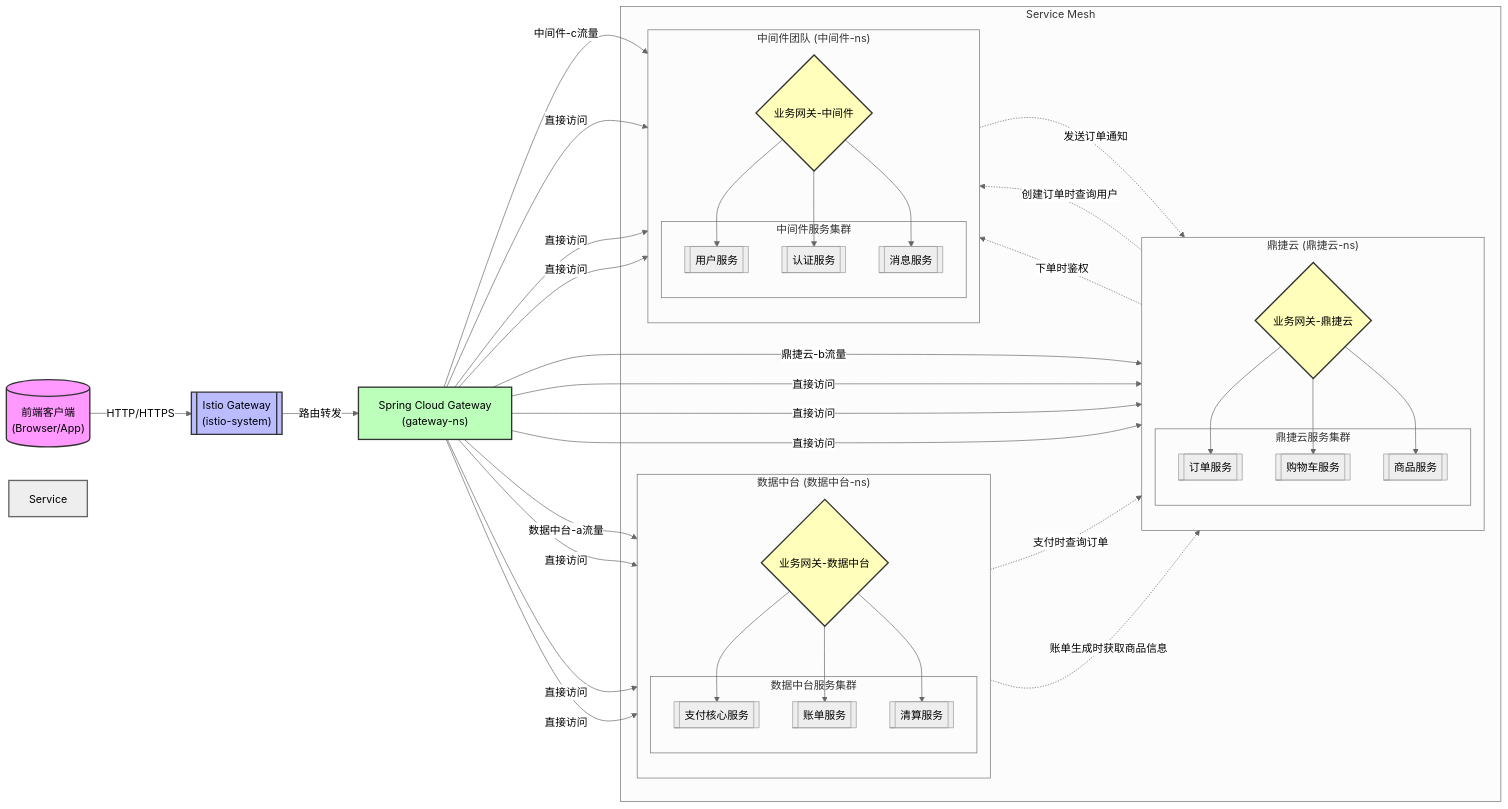
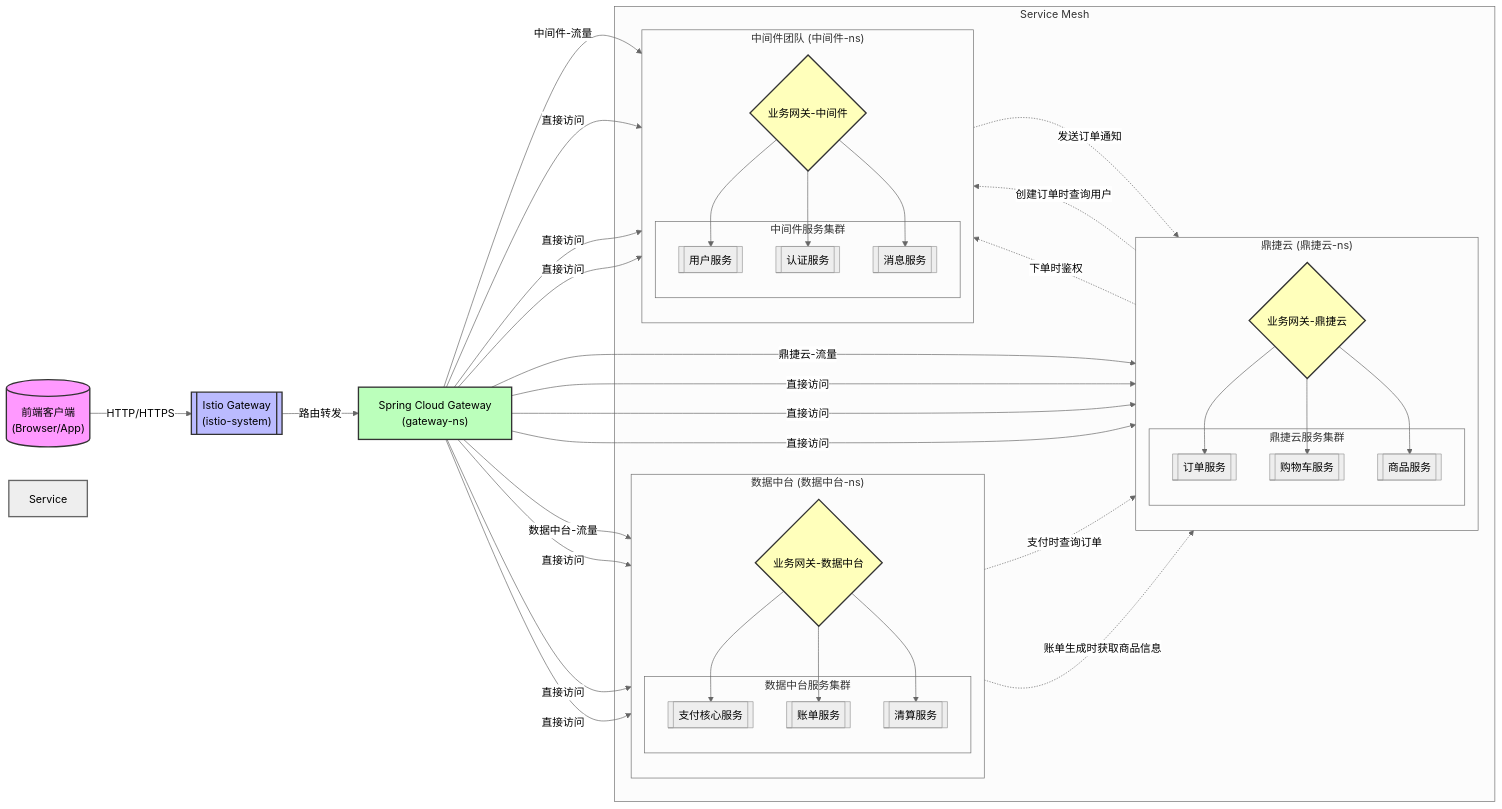
Before and after one commit to Jholly2008/configs: the diagram in 网关网格报告/architecture.md, drawn with Mermaid (neutral theme).

````diff
--- a/网关网格报告/architecture.md
+++ b/网关网格报告/architecture.md
@@ -1,74 +1,74 @@
 ```mermaid
 
 flowchart LR
     client[("前端客户端<br>(Browser/App)")]
     istio[["Istio Gateway<br>(istio-system)"]]
     scg["Spring Cloud Gateway<br>(gateway-ns)"]
     
     subgraph Service Mesh
         subgraph "数据中台 (数据中台-ns)"
             direction TB
             gw-a{"业务网关-数据中台"}
             subgraph "数据中台服务集群"
                 svc-a1[["支付核心服务"]]
                 svc-a2[["账单服务"]]
                 svc-a3[["清算服务"]]
             end
         end
         
         subgraph "鼎捷云 (鼎捷云-ns)"
             direction TB
             gw-b{"业务网关-鼎捷云"}
             subgraph "鼎捷云服务集群"
                 svc-b1[["订单服务"]]
                 svc-b2[["购物车服务"]]
                 svc-b3[["商品服务"]]
             end
         end
         
         subgraph "中间件团队 (中间件-ns)"
             direction TB
             gw-c{"业务网关-中间件"}
             subgraph "中间件服务集群"
                 svc-c1[["用户服务"]]
                 svc-c2[["认证服务"]]
                 svc-c3[["消息服务"]]
             end
         end
     end
     
     %% 外部访问路由
     client -->|HTTP/HTTPS| istio
     istio -->|路由转发| scg
     
     %% 数据中台-a-的路由
-    scg -->|数据中台-a流量| gw-a
+    scg -->|数据中台-流量| gw-a
     scg -->|直接访问| svc-a1 & svc-a2 & svc-a3
     gw-a --> svc-a1 & svc-a2 & svc-a3
     
     %% 鼎捷云-b-的路由
-    scg -->|鼎捷云-b流量| gw-b
+    scg -->|鼎捷云-流量| gw-b
     scg -->|直接访问| svc-b1 & svc-b2 & svc-b3
     gw-b --> svc-b1 & svc-b2 & svc-b3
     
     %% 中间件-c-的路由
-    scg -->|中间件-c流量| gw-c
+    scg -->|中间件-流量| gw-c
     scg -->|直接访问| svc-c1 & svc-c2 & svc-c3
     gw-c --> svc-c1 & svc-c2 & svc-c3
     
     %% 跨团队服务调用（直接通过service name）
     svc-b1 -.->|创建订单时查询用户| svc-c1
     svc-b1 -.->|下单时鉴权| svc-c2
     svc-a1 -.->|支付时查询订单| svc-b1
     svc-a2 -.->|账单生成时获取商品信息| svc-b3
     svc-c3 -.->|发送订单通知| svc-b1
     
     style client fill:#f9f,stroke:#333,stroke-width:2px
     style istio fill:#bbf,stroke:#333,stroke-width:2px
     style scg fill:#bfb,stroke:#333,stroke-width:2px
     style gw-a fill:#ffb,stroke:#333,stroke-width:2px
     style gw-b fill:#ffb,stroke:#333,stroke-width:2px
     style gw-c fill:#ffb,stroke:#333,stroke-width:2px
     style Service Mesh fill:#f5f5f5,stroke:#666,stroke-width:2px
 
 ```
````
